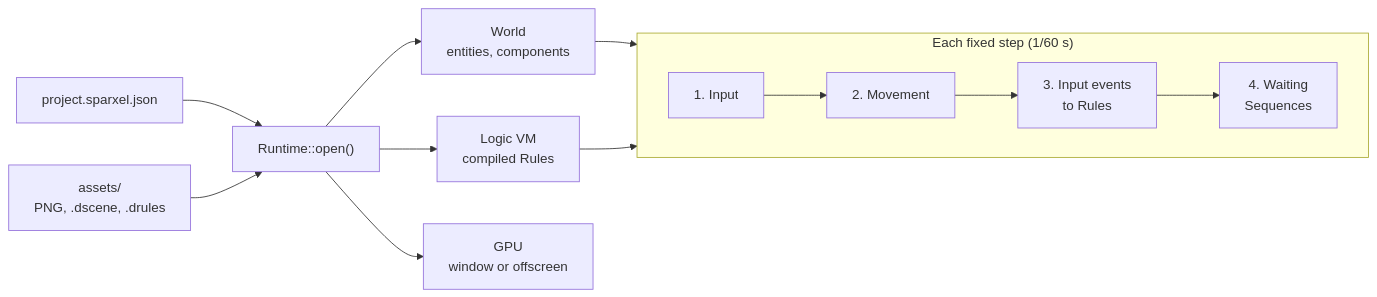
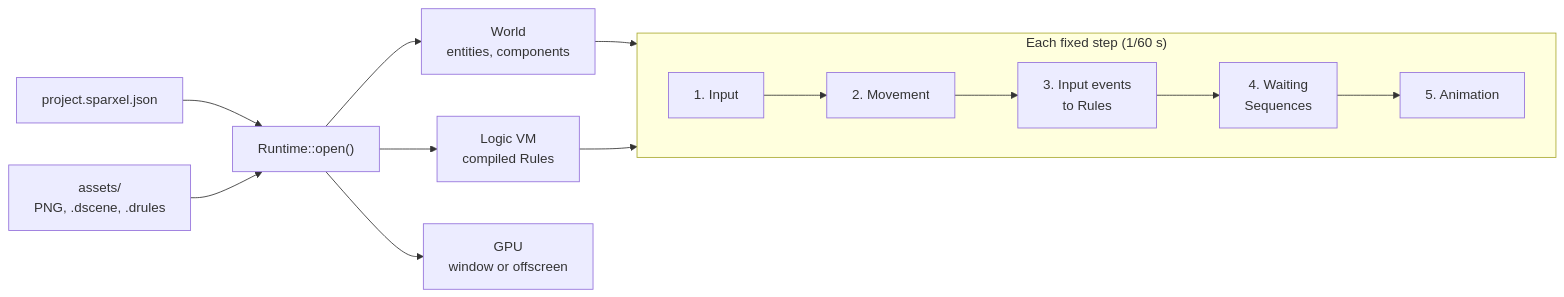
One commit to antonioditcharo/2D-HD-Pixel-Game-Engine changed the diagram in docs/dev/game.md. Above: the diagram before and after it, drawn with Mermaid. The commit also changed other lines of this file and 11 other files, not shown here.

````diff
--- a/docs/dev/game.md
+++ b/docs/dev/game.md
@@ -22,14 +22,14 @@
 ```mermaid
 flowchart LR
     P["project.sparxel.json"] --> RT["Runtime::open()"]
     A["assets/<br/>PNG, .dscene, .drules"] --> RT
     RT --> W["World<br/>entities, components"]
     RT --> VM["Logic VM<br/>compiled Rules"]
     RT --> G["GPU<br/>window or offscreen"]
     subgraph Step["Each fixed step (1/60 s)"]
         direction LR
-        I["1. Input"] --> M["2. Movement"] --> E["3. Input events<br/>to Rules"] --> S["4. Waiting<br/>Sequences"]
+        I["1. Input"] --> M["2. Movement"] --> E["3. Input events<br/>to Rules"] --> S["4. Waiting<br/>Sequences"] --> AN["5. Animation"]
     end
     W --> Step
     VM --> Step
 ```
````
